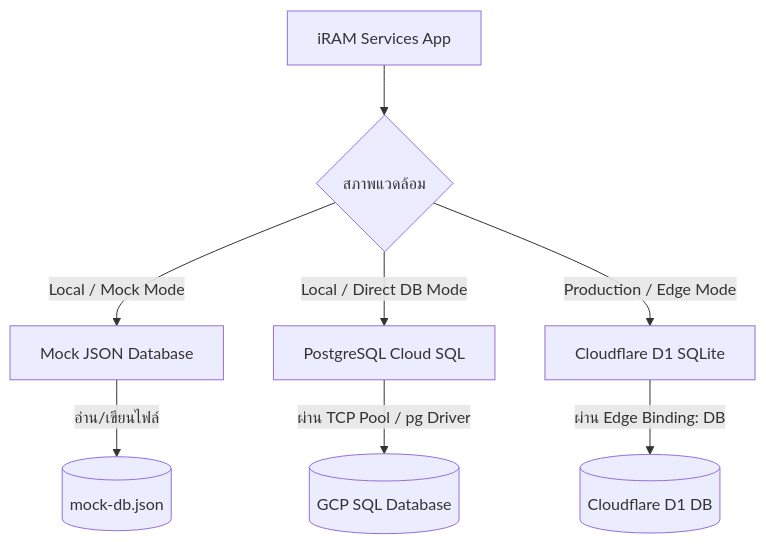
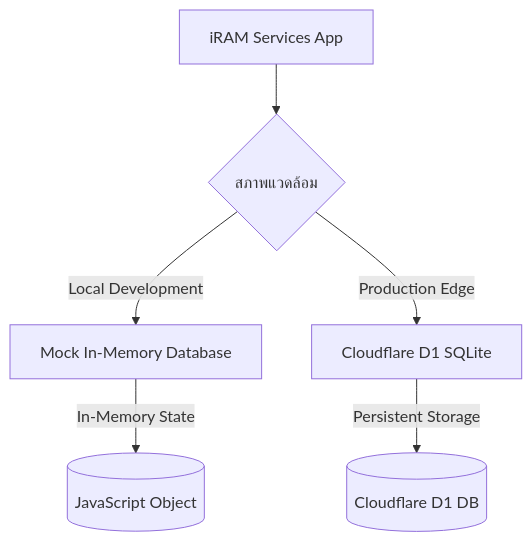
Before and after one commit to SolarXtr/iram-services: the diagram in รายงานการเชื่อมต่อระบบ.md, drawn with Mermaid. The commit also changed other lines of this file, not shown here.

Commit message:
Update: Simplify documentation - Remove PostgreSQL mode

````diff
--- a/รายงานการเชื่อมต่อระบบ.md
+++ b/รายงานการเชื่อมต่อระบบ.md
@@ -13,11 +12,9 @@
 ```mermaid
 graph TD
     A[iRAM Services App] --> B{สภาพแวดล้อม}
-    B -->|Local / Mock Mode| C[Mock JSON Database]
-    B -->|Local / Direct DB Mode| D[PostgreSQL Cloud SQL]
-    B -->|Production / Edge Mode| E[Cloudflare D1 SQLite]
+    B -->|Local Development| C[Mock In-Memory Database]
+    B -->|Production Edge| D[Cloudflare D1 SQLite]
     
-    C -->|อ่าน/เขียนไฟล์| C1[(mock-db.json)]
-    D -->|ผ่าน TCP Pool / pg Driver| D1[(GCP SQL Database)]
-    E -->|ผ่าน Edge Binding: DB| E1[(Cloudflare D1 DB)]
+    C -->|In-Memory State| C1[(JavaScript Object)]
+    D -->|Persistent Storage| D1[(Cloudflare D1 DB)]
 ```
````
